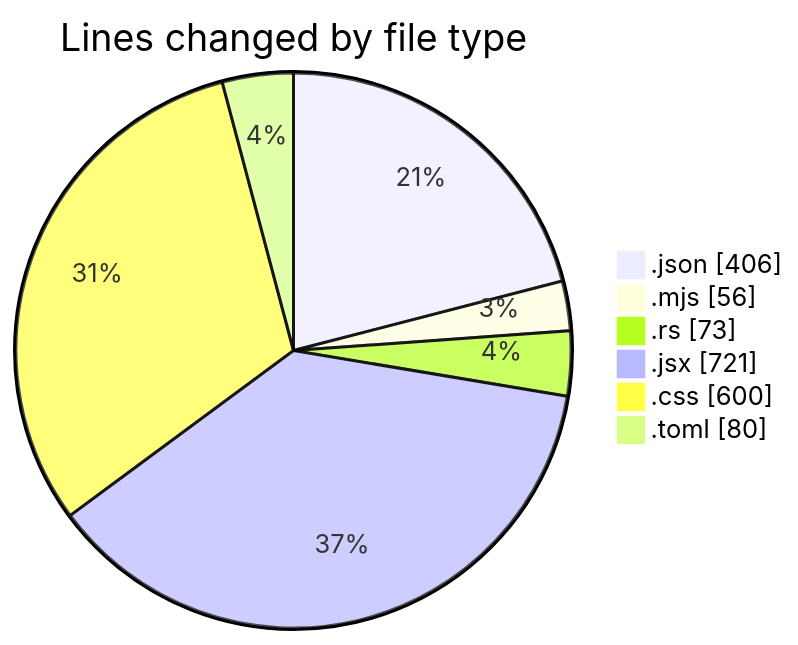
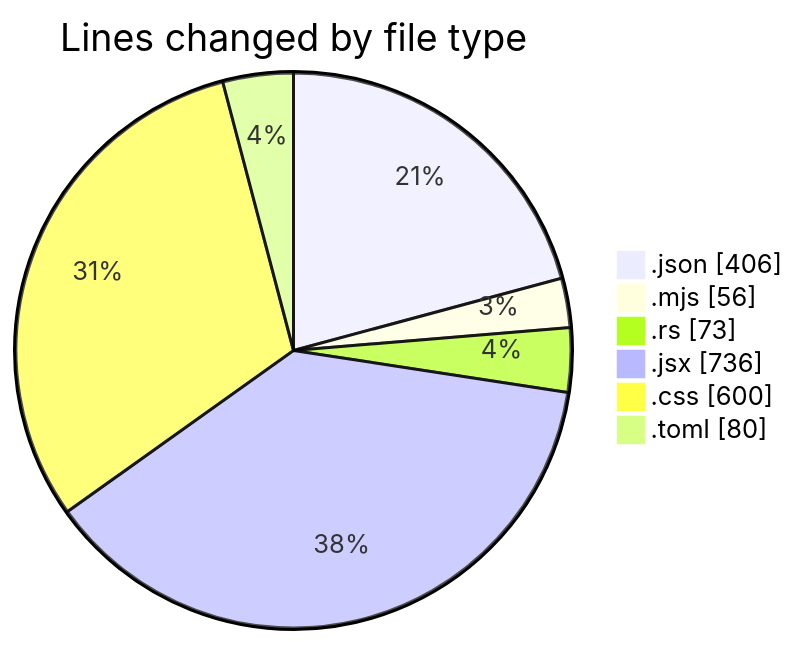
One commit to charlie-sans/code-tracking changed the first of 2 diagrams in 2025-01-28/trollerboard/README.md. Above: the diagram before and after it, drawn with Mermaid. The commit also changed other lines of this file and 1 other file, not shown here.

````diff
--- a/2025-01-28/trollerboard/README.md
+++ b/2025-01-28/trollerboard/README.md
@@ -29,10 +29,10 @@
 ```mermaid
 pie showData
 title Lines changed by file type
 ".json" : 406
 ".mjs" : 56
 ".rs" : 73
-".jsx" : 721
+".jsx" : 736
 ".css" : 600
 ".toml" : 80
 ```
````
